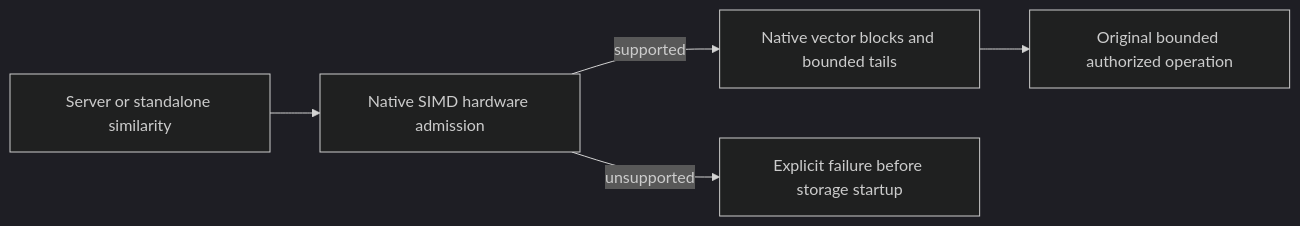
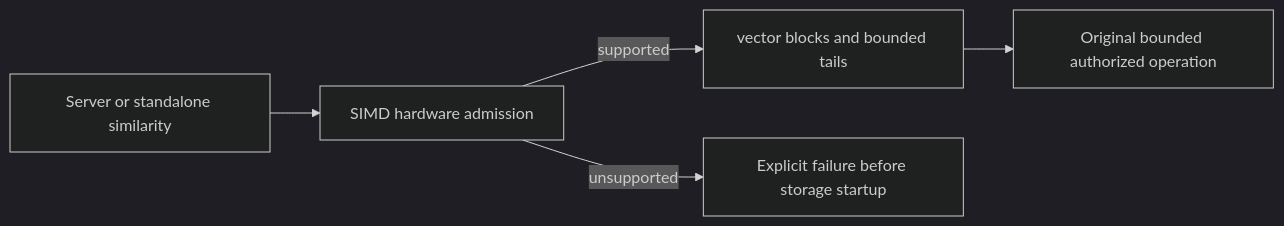
Before and after one commit to managedcode/KeyLoad: the second of 3 diagrams in docs/Features/Search.md, drawn with Mermaid (dark theme). The commit also changed other lines of this file and 9016 other files, not shown here.

````diff
--- a/docs/Features/Search.md
+++ b/docs/Features/Search.md
@@ -50,7 +50,7 @@
 ```mermaid
 flowchart LR
-    Start[Server or standalone similarity] --> Support[Native SIMD hardware admission]
-    Support -->|supported| Blocks[Native vector blocks and bounded tails]
+    Start[Server or standalone similarity] --> Support[SIMD hardware admission]
+    Support -->|supported| Blocks[vector blocks and bounded tails]
     Support -->|unsupported| Refuse[Explicit failure before storage startup]
     Blocks --> Flow[Original bounded authorized operation]
 ```
````
